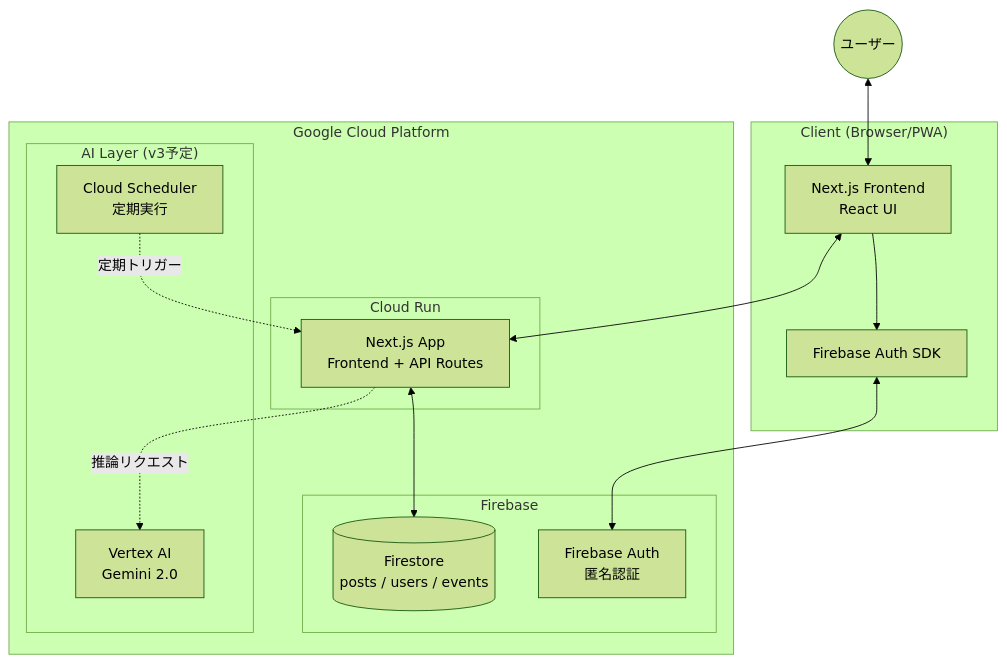
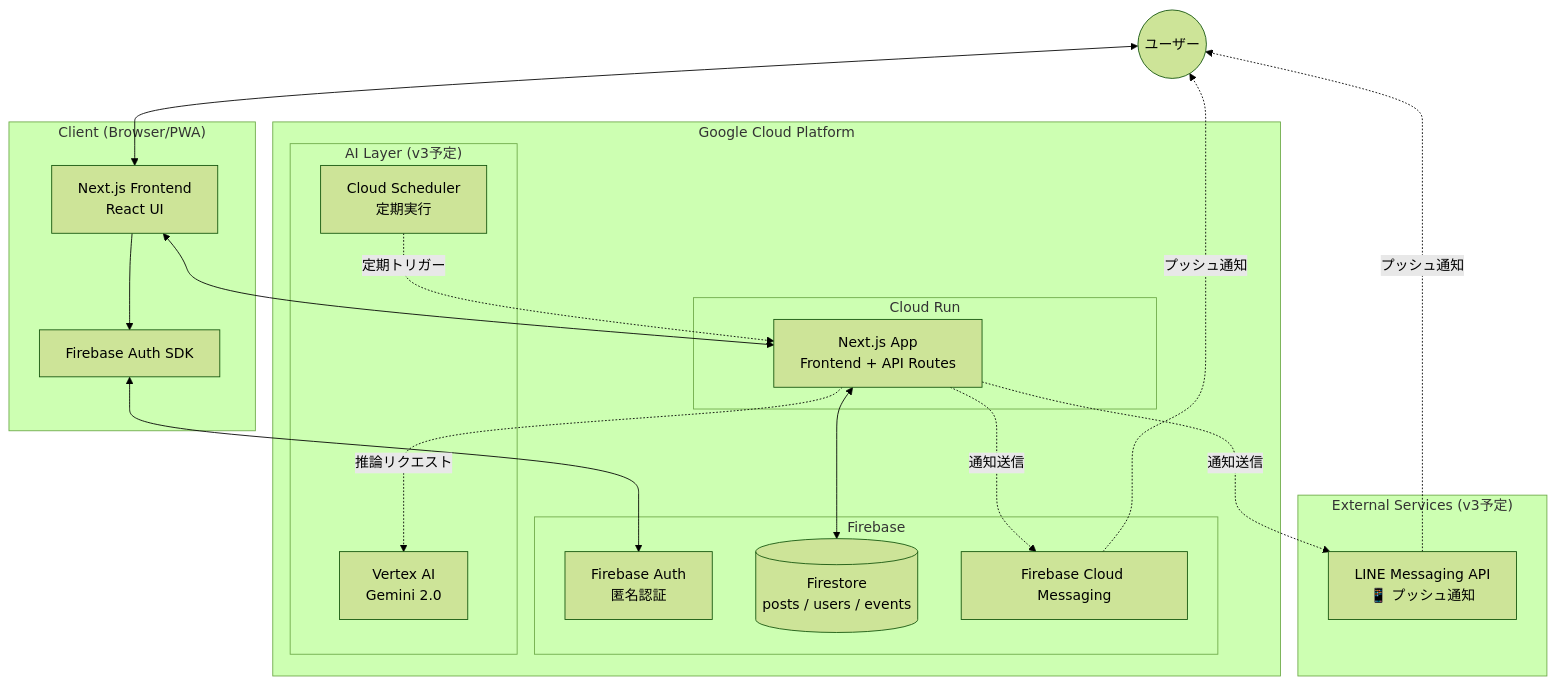
One commit to nekoai-lab/tsugi-no-tokimeki changed the first of 5 diagrams in README.md. Above: the diagram before and after it, drawn with Mermaid (forest theme). The commit also changed other lines of this file, not shown here.

Commit message:
docs: Update architecture and sequence diagrams with LINE/FCM/AI

````diff
--- a/README.md
+++ b/README.md
@@ -42,33 +42,42 @@
 ```mermaid
 graph TD
     User((ユーザー))
     
     subgraph "Client (Browser/PWA)"
         UI[Next.js Frontend<br/>React UI]
         AuthSDK[Firebase Auth SDK]
     end
     
     subgraph "Google Cloud Platform"
         subgraph "Cloud Run"
             API[Next.js App<br/>Frontend + API Routes]
         end
         
         subgraph "Firebase"
             Auth[Firebase Auth<br/>匿名認証]
             Firestore[(Firestore<br/>posts / users / events)]
+            FCM[Firebase Cloud Messaging]
         end
         
         subgraph "AI Layer (v3予定)"
             VertexAI[Vertex AI<br/>Gemini 2.0]
             Scheduler[Cloud Scheduler<br/>定期実行]
         end
+    end
+    
+    subgraph "External Services (v3予定)"
+        LINE[LINE Messaging API<br/>📱 プッシュ通知]
     end
     
     User <--> UI
     UI --> AuthSDK
     AuthSDK <--> Auth
     UI <--> API
     API <--> Firestore
     Scheduler -.->|"定期トリガー"| API
     API -.->|"推論リクエスト"| VertexAI
+    API -.->|"通知送信"| LINE
+    API -.->|"通知送信"| FCM
+    LINE -.->|"プッシュ通知"| User
+    FCM -.->|"プッシュ通知"| User
 ```
````
